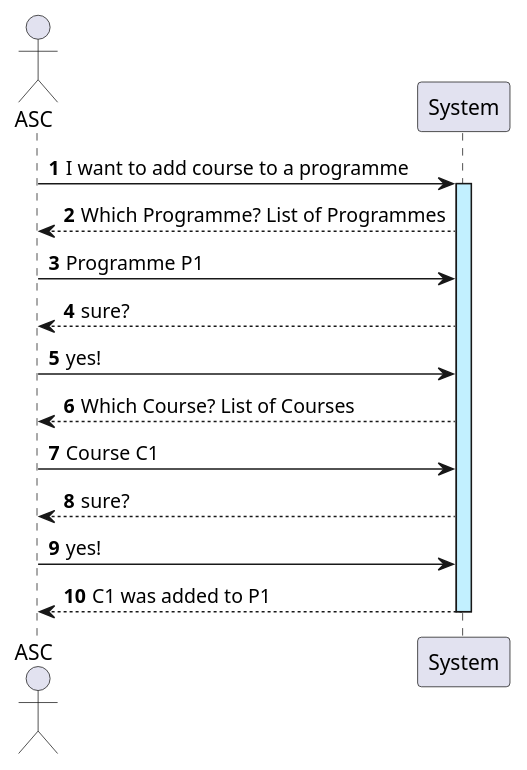
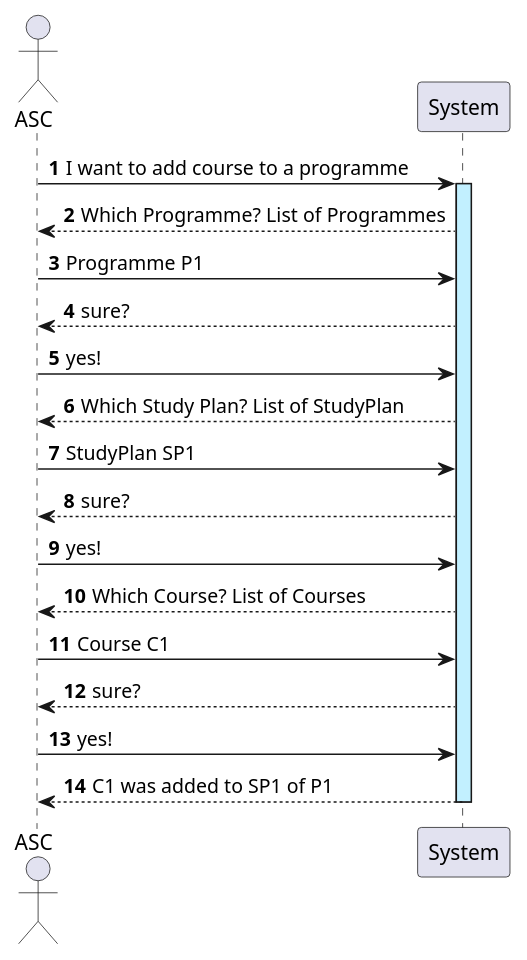
The diagram in docs/US03/US03_AddCourseToAProgramme_SSD.puml (GasparISEP/DevOps-PAI), drawn with PlantUML before and after one commit.

Commit message:
refactor US03: Update SSD refs #59

```diff
--- a/docs/US03/US03_AddCourseToAProgramme_SSD.puml
+++ b/docs/US03/US03_AddCourseToAProgramme_SSD.puml
@@ -1,17 +1,22 @@
 @startuml
 actor ASC
 autonumber
+
 
 ASC -> System ++ #application: I want to add course to a programme
 System --> ASC: Which Programme? List of Programmes
 ASC -> System: Programme P1
 System --> ASC : sure?
 ASC -> System: yes!
+System --> ASC: Which Study Plan? List of StudyPlan
+ASC -> System: StudyPlan SP1
+System --> ASC: sure?
+ASC -> System: yes!
 System --> ASC : Which Course? List of Courses
 ASC -> System: Course C1
 System --> ASC: sure?
 ASC -> System: yes!
-System --> ASC --: C1 was added to P1
+System --> ASC --: C1 was added to SP1 of P1
 
 
 @enduml
```
